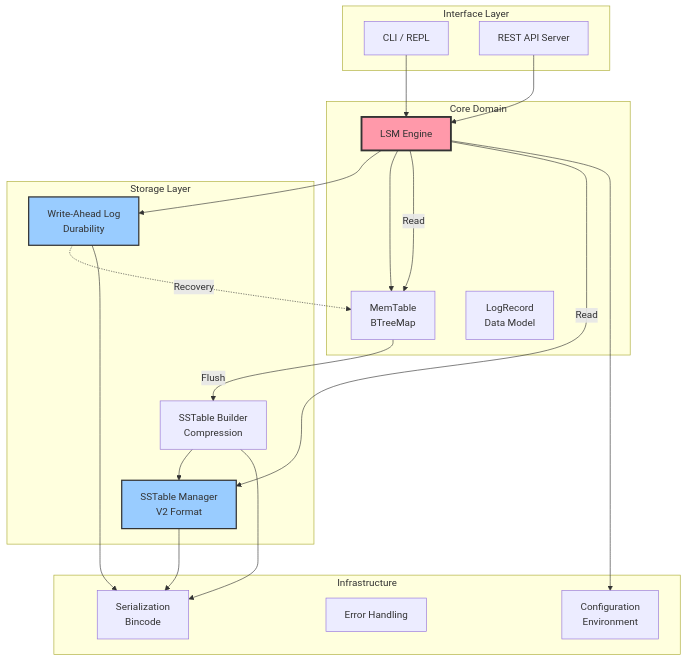
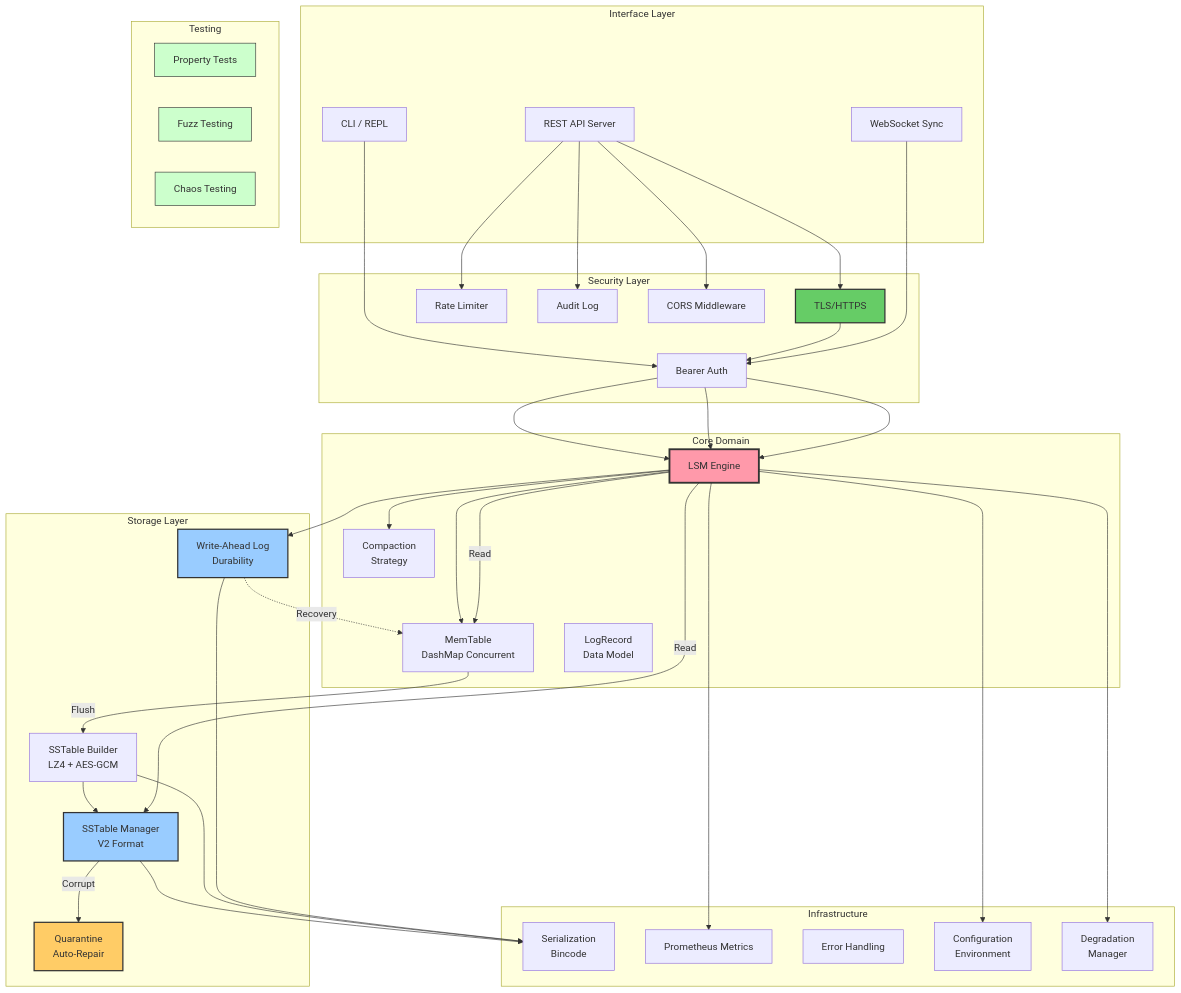
The first of 2 diagrams in README.md (ElioNeto/ApexStore), drawn with Mermaid before and after one commit. The commit also changed other lines of this file, not shown here.

First line of the commit message:
docs: comprehensive README update with security, testing, and TeamCode info

````diff
--- a/README.md
+++ b/README.md
@@ -140,44 +131,77 @@
 ```mermaid
 graph TB
     subgraph "Interface Layer"
         CLI[CLI / REPL]
         API[REST API Server]
+        WS[WebSocket Sync]
+    end
+
+    subgraph "Security Layer"
+        TLS[TLS/HTTPS]
+        Auth[Bearer Auth]
+        RateLimit[Rate Limiter]
+        Audit[Audit Log]
+        CORS[CORS Middleware]
     end
 
     subgraph "Core Domain"
         Engine[LSM Engine]
-        MemTable[MemTable<br/>BTreeMap]
+        MemTable[MemTable<br/>DashMap Concurrent]
         LogRecord[LogRecord<br/>Data Model]
+        Compaction[Compaction<br/>Strategy]
     end
 
     subgraph "Storage Layer"
         WAL[Write-Ahead Log<br/>Durability]
         SST[SSTable Manager<br/>V2 Format]
-        Builder[SSTable Builder<br/>Compression]
+        Builder[SSTable Builder<br/>LZ4 + AES-GCM]
+        Quarantine[Quarantine<br/>Auto-Repair]
     end
 
     subgraph "Infrastructure"
         Codec[Serialization<br/>Bincode]
+        Metrics[Prometheus Metrics]
         Error[Error Handling]
         Config[Configuration<br/>Environment]
+        Degradation[Degradation<br/>Manager]
     end
 
-    CLI --> Engine
-    API --> Engine
+    subgraph "Testing"
+        Proptest[Property Tests]
+        Fuzz[Fuzz Testing]
+        Chaos[Chaos Testing]
+    end
+
+    CLI --> Auth --> Engine
+    API --> TLS --> Auth --> Engine
+    WS --> Auth --> Engine
     Engine --> WAL
     Engine --> MemTable
     MemTable -->|Flush| Builder
     Builder --> SST
     Engine -->|Read| MemTable
     Engine -->|Read| SST
+    SST -->|Corrupt| Quarantine
     WAL -.->|Recovery| MemTable
     
+    Engine --> Compaction
+    Engine --> Degradation
     Engine --> Config
+    Engine --> Metrics
     SST --> Codec
     Builder --> Codec
     WAL --> Codec
 
+    API --> RateLimit
+    API --> Audit
+    API --> CORS
+
     style Engine fill:#f9a,stroke:#333,stroke-width:3px
     style WAL fill:#9cf,stroke:#333,stroke-width:2px
     style SST fill:#9cf,stroke:#333,stroke-width:2px
+    style TLS fill:#6c6,stroke:#333,stroke-width:2px
+    style Quarantine fill:#fc6,stroke:#333,stroke-width:2px
+    style Proptest fill:#cfc,stroke:#333,stroke-width:1px
+    style Fuzz fill:#cfc,stroke:#333,stroke-width:1px
+    style Chaos fill:#cfc,stroke:#333,stroke-width:1px
 ```
````
